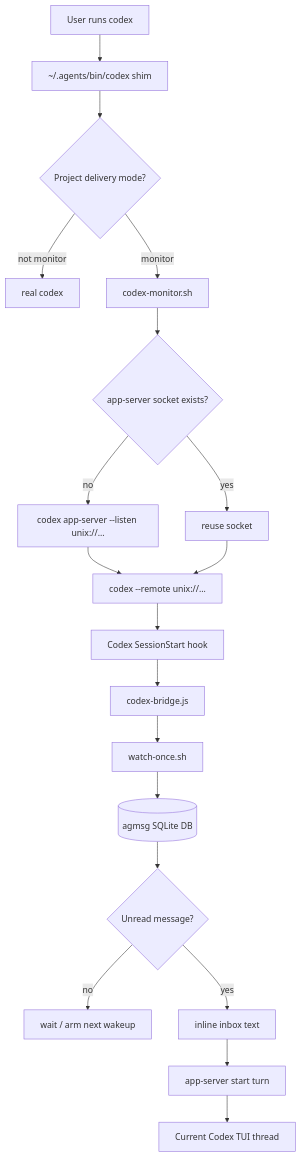
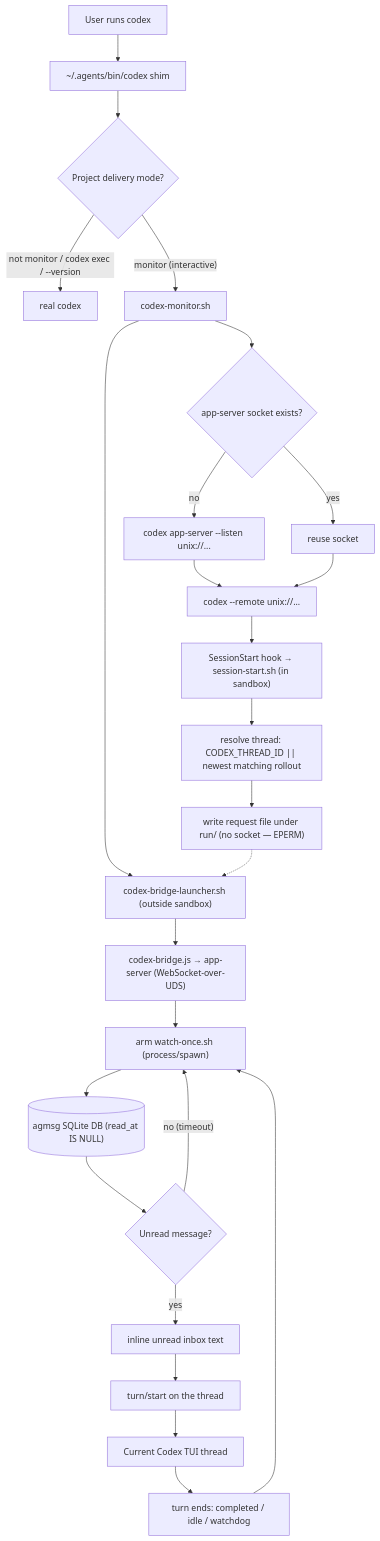
One commit to tayhiga-prog/agmsg changed the diagram in docs/codex-monitor-beta.md. Above: the diagram before and after it, drawn with Mermaid. The commit also changed other lines of this file, not shown here.

First line of the commit message:
docs(codex-bridge): fix the flow diagram — hook writes a request file, launcher starts the bridge (#41)

````diff
--- a/docs/codex-monitor-beta.md
+++ b/docs/codex-monitor-beta.md
@@ -110,23 +118,29 @@
 ```mermaid
 flowchart TD
   user["User runs codex"] --> shim["~/.agents/bin/codex shim"]
   shim --> mode{"Project delivery mode?"}
-  mode -- "not monitor" --> real["real codex"]
-  mode -- "monitor" --> launcher["codex-monitor.sh"]
+  mode -- "not monitor / codex exec / --version" --> real["real codex"]
+  mode -- "monitor (interactive)" --> monitor["codex-monitor.sh"]
 
-  launcher --> server{"app-server socket exists?"}
+  monitor --> server{"app-server socket exists?"}
   server -- "no" --> startServer["codex app-server --listen unix://..."]
   server -- "yes" --> reuseServer["reuse socket"]
+  monitor --> launcher["codex-bridge-launcher.sh (outside sandbox)"]
   startServer --> remote["codex --remote unix://..."]
   reuseServer --> remote
 
-  remote --> hook["Codex SessionStart hook"]
-  hook --> bridge["codex-bridge.js"]
-  bridge --> watch["watch-once.sh"]
-  watch --> db[("agmsg SQLite DB")]
+  remote --> hook["SessionStart hook → session-start.sh (in sandbox)"]
+  hook --> thread["resolve thread: CODEX_THREAD_ID || newest matching rollout"]
+  thread --> request["write request file under run/ (no socket — EPERM)"]
+  request -.-> launcher
+  launcher --> bridge["codex-bridge.js → app-server (WebSocket-over-UDS)"]
+  bridge --> watch["arm watch-once.sh (process/spawn)"]
+  watch --> db[("agmsg SQLite DB (read_at IS NULL)")]
   db --> unread{"Unread message?"}
-  unread -- "no" --> wait["wait / arm next wakeup"]
-  unread -- "yes" --> inbox["inline inbox text"]
-  inbox --> turn["app-server start turn"]
+  unread -- "no (timeout)" --> watch
+  unread -- "yes" --> inbox["inline unread inbox text"]
+  inbox --> turn["turn/start on the thread"]
   turn --> tui["Current Codex TUI thread"]
+  tui --> ended["turn ends: completed / idle / watchdog"]
+  ended --> watch
 ```
````
